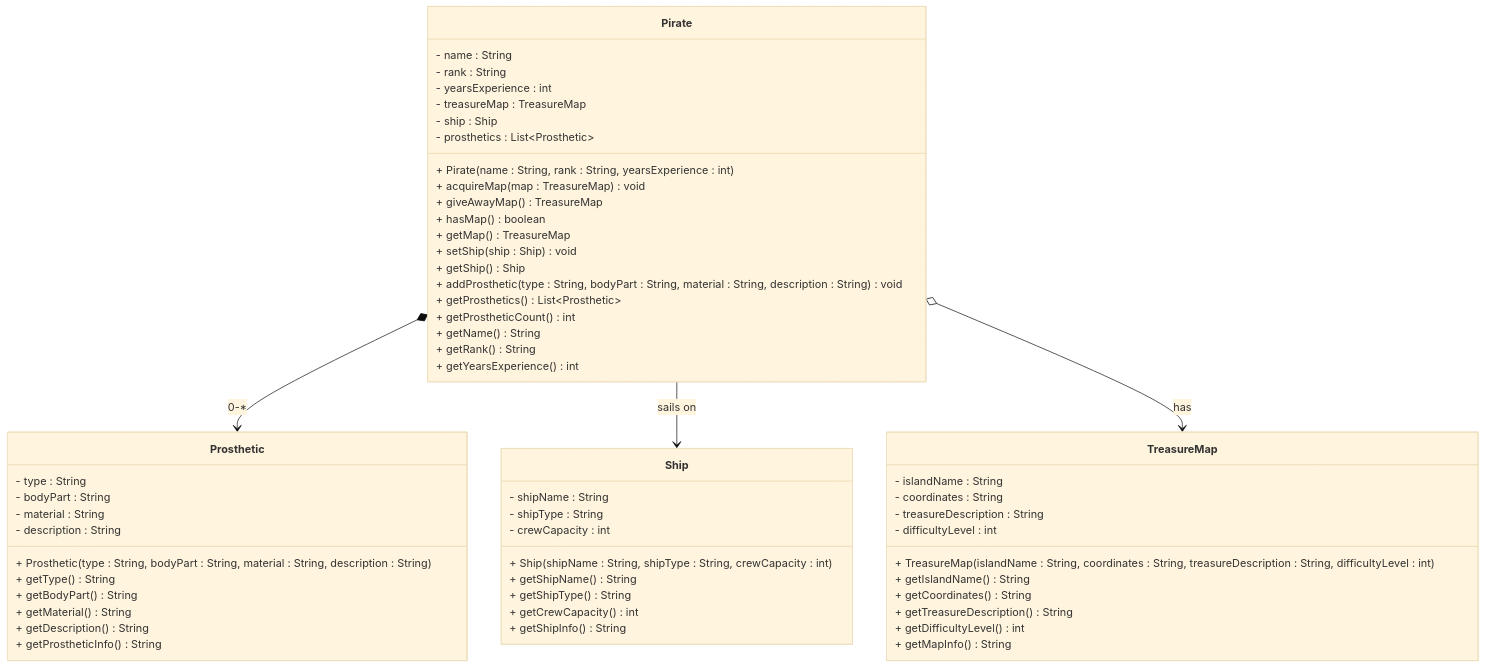
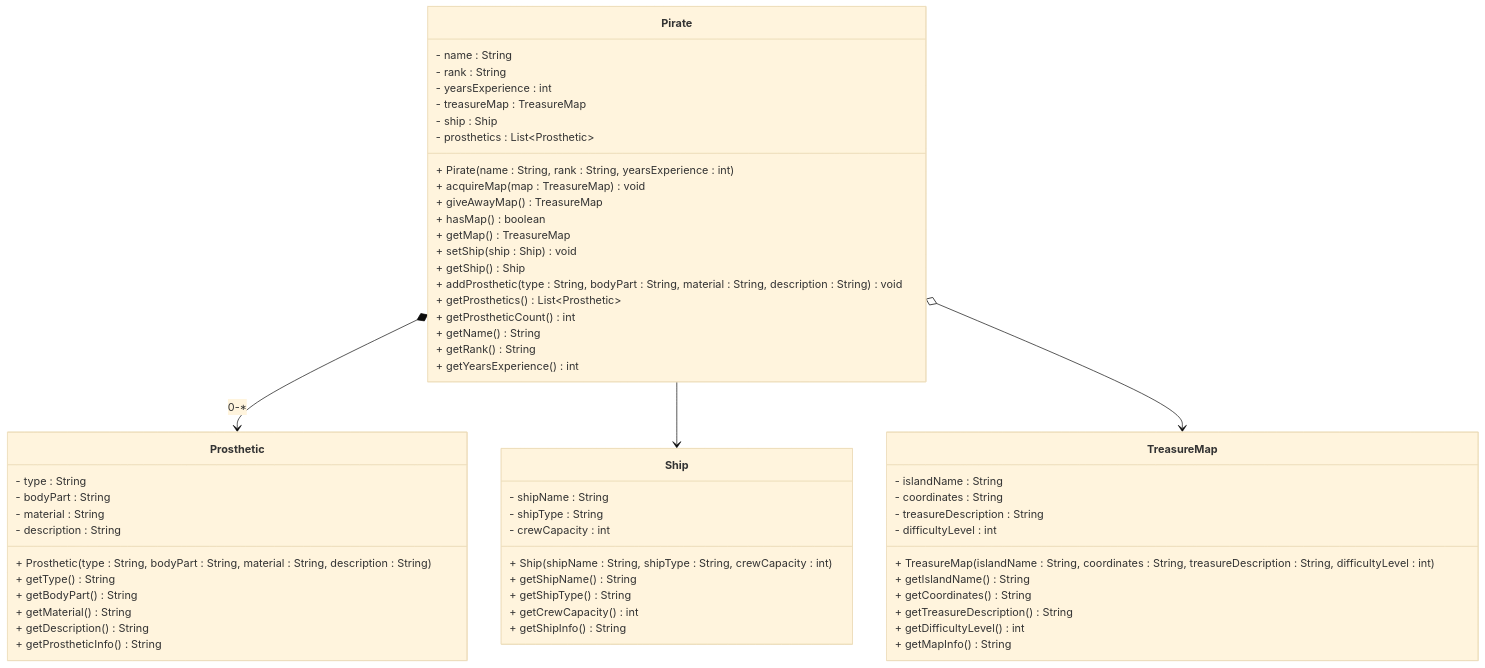
One commit to TroelsMortensen/Codelabs2 changed the third of 3 diagrams in Articles/Session 11 - Relationships intro/016 Exercises 5 - Pirate.md. Above: the diagram before and after it, drawn with Mermaid (base theme). The commit also changed other lines of this file and 3 other files, not shown here.

````diff
--- a/Articles/Session 11 - Relationships intro/016 Exercises 5 - Pirate.md
+++ b/Articles/Session 11 - Relationships intro/016 Exercises 5 - Pirate.md
@@ -182,65 +182,65 @@
 ```mermaid
 classDiagram
     class Pirate {
         - name : String
         - rank : String
         - yearsExperience : int
         - treasureMap : TreasureMap
         - ship : Ship
         - prosthetics : List~Prosthetic~
         + Pirate(name : String, rank : String, yearsExperience : int)
         + acquireMap(map : TreasureMap) void
         + giveAwayMap() TreasureMap
         + hasMap() boolean
         + getMap() TreasureMap
         + setShip(ship : Ship) void
         + getShip() Ship
         + addProsthetic(type : String, bodyPart : String, material : String, description : String) void
         + getProsthetics() List~Prosthetic~
         + getProstheticCount() int
         + getName() String
         + getRank() String
         + getYearsExperience() int
     }
     
     class Prosthetic {
         - type : String
         - bodyPart : String
         - material : String
         - description : String
         + Prosthetic(type : String, bodyPart : String, material : String, description : String)
         + getType() String
         + getBodyPart() String
         + getMaterial() String
         + getDescription() String
         + getProstheticInfo() String
     }
     
     class Ship {
         - shipName : String
         - shipType : String
         - crewCapacity : int
         + Ship(shipName : String, shipType : String, crewCapacity : int)
         + getShipName() String
         + getShipType() String
         + getCrewCapacity() int
         + getShipInfo() String
     }
     
     class TreasureMap {
         - islandName : String
         - coordinates : String
         - treasureDescription : String
         - difficultyLevel : int
         + TreasureMap(islandName : String, coordinates : String, treasureDescription : String, difficultyLevel : int)
         + getIslandName() String
         + getCoordinates() String
         + getTreasureDescription() String
         + getDifficultyLevel() int
         + getMapInfo() String
     }
     
     Pirate *--> Prosthetic : 0-\*
-    Pirate --> Ship : sails on
-    Pirate o--> TreasureMap : has
+    Pirate --> Ship 
+    Pirate o--> TreasureMap 
 ```
````
